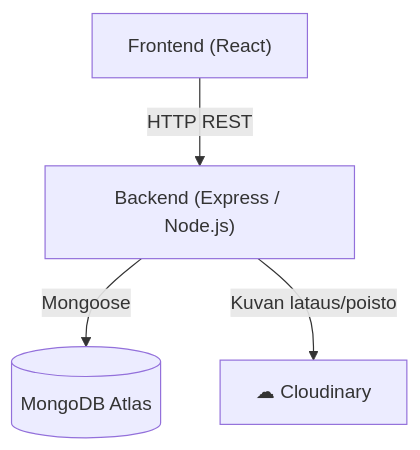
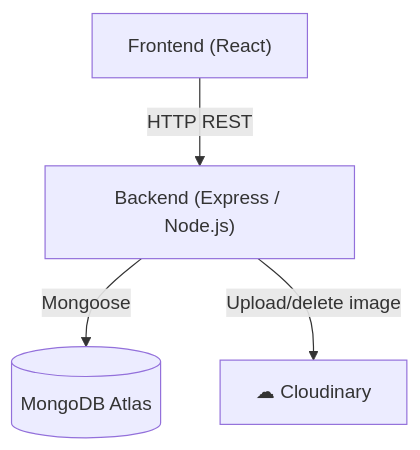
The first of 5 diagrams in README.md (vsvala/Art_Club_back), drawn with Mermaid before and after one commit. The commit also changed other lines of this file and 1 other file, not shown here.

````diff
--- a/README.md
+++ b/README.md
@@ -71,11 +72,11 @@
 ```mermaid
 graph TD
     Frontend["Frontend (React)"]
     API["Backend (Express / Node.js)"]
     MongoDB[("MongoDB Atlas")]
     Cloudinary["☁ Cloudinary"]
 
     Frontend -->|"HTTP REST"| API
     API -->|"Mongoose"| MongoDB
-    API -->|"Kuvan lataus/poisto"| Cloudinary
+    API -->|"Upload/delete image"| Cloudinary
 ```
````
